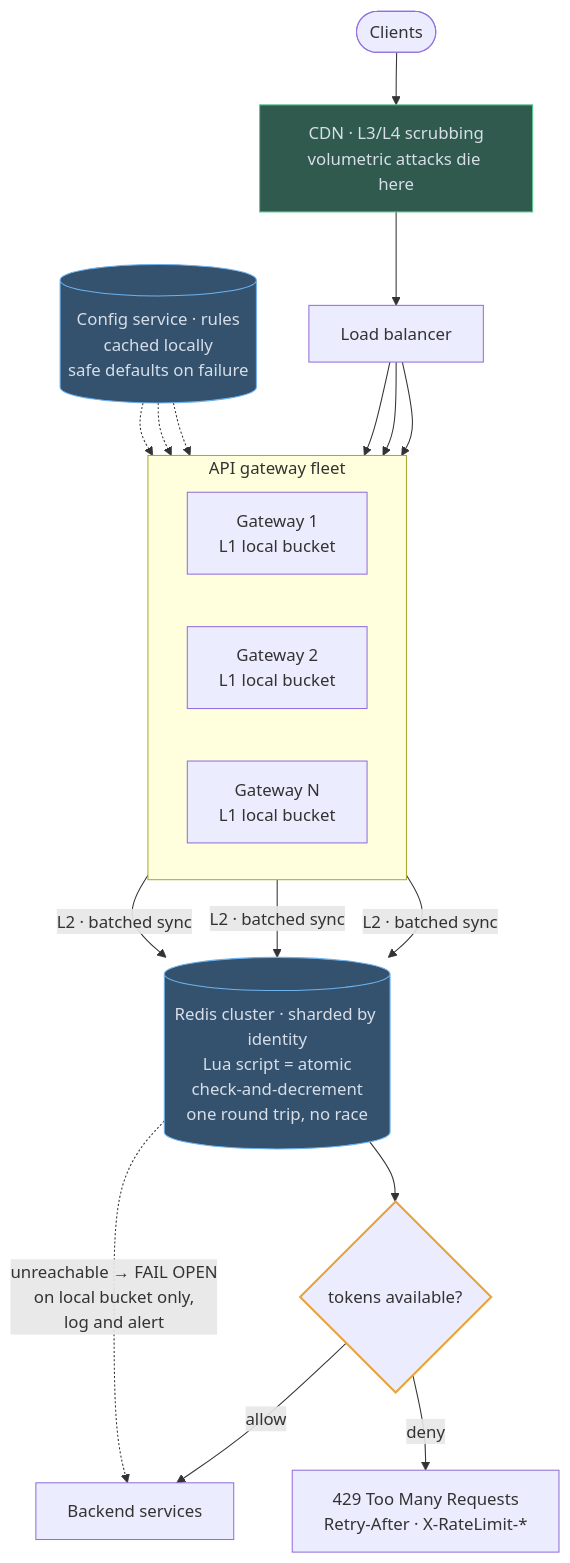
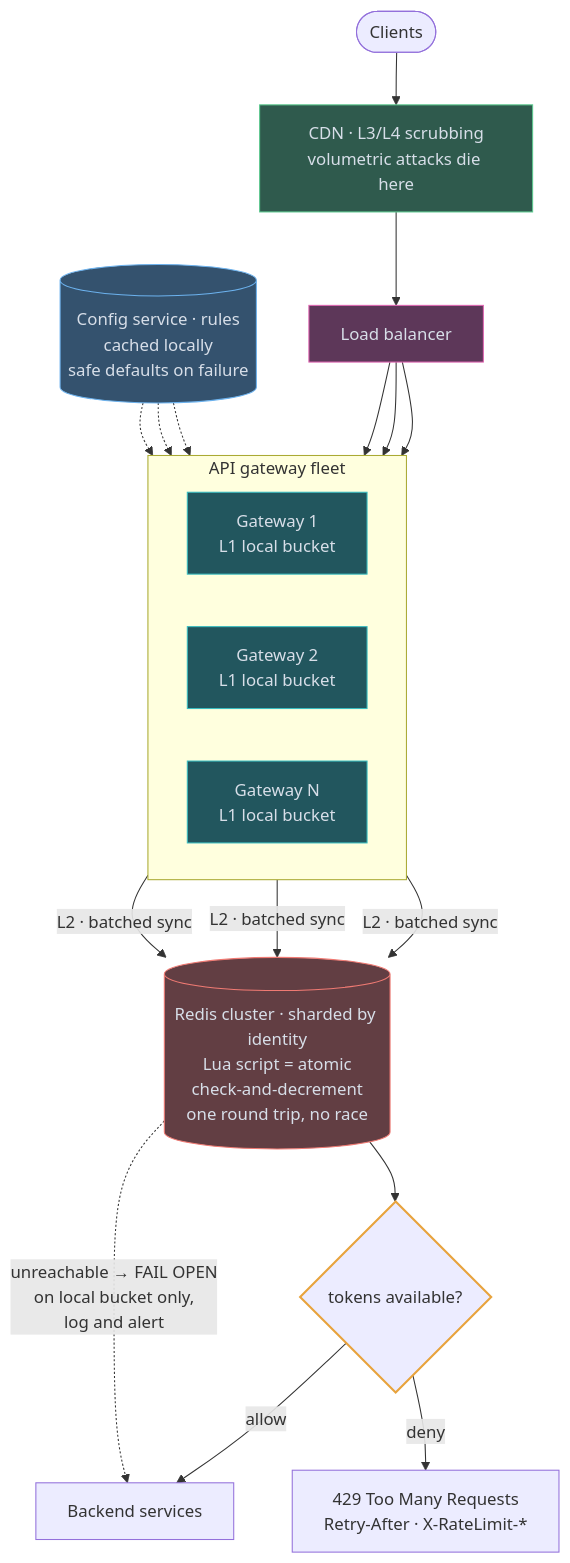
One commit to mertkahyaoglu/atlas changed the diagram in content/designs/04-rate-limiter.md. Above: the diagram before and after it, drawn with Mermaid. The commit also changed 16 other files, not shown here.

First line of the commit message:
Split store into db/cache/blob; color gateway and load-balancer nodes

````diff
--- a/content/designs/04-rate-limiter.md
+++ b/content/designs/04-rate-limiter.md
@@ -136,34 +136,40 @@
 ```mermaid
 flowchart TB
     Clients([Clients]) --> Scrub["CDN · L3/L4 scrubbing<br/>volumetric attacks die here"]
     Scrub --> LB[Load balancer]
 
     subgraph GATEWAYS ["API gateway fleet"]
         direction LR
         G3["Gateway 1<br/>L1 local bucket"]
         G2["Gateway 2<br/>L1 local bucket"]
         G1["Gateway N<br/>L1 local bucket"]
     end
     LB --> G1 & G2 & G3
     Config[("Config service · rules<br/>cached locally<br/>safe defaults on failure")] -.-> G1 & G2 & G3
 
     G1 -- "L2 · batched sync" --> Redis
     G2 -- "L2 · batched sync" --> Redis
     G3 -- "L2 · batched sync" --> Redis
     Redis[("Redis cluster · sharded by identity<br/>Lua script = atomic<br/>check-and-decrement<br/>one round trip, no race")]
 
     Redis --> Verdict{"tokens available?"}
     Verdict -- "allow" --> Backend[Backend services]
     Verdict -- "deny" --> Reject["429 Too Many Requests<br/>Retry-After · X-RateLimit-*"]
     Redis -. "unreachable → FAIL OPEN<br/>on local bucket only,<br/>log and alert" .-> Backend
 
-    classDef store fill:#34526e,stroke:#6cb2ee,color:#d7dee8
+    classDef db fill:#34526e,stroke:#6cb2ee,color:#d7dee8
+    classDef cache fill:#623e43,stroke:#f07a73,color:#d7dee8
     classDef external fill:#2f5a4d,stroke:#5cc98f,color:#d7dee8
+    classDef gateway fill:#22565e,stroke:#38bdc1,color:#d7dee8
+    classDef lb fill:#5d3759,stroke:#e066b2,color:#d7dee8
     classDef hot stroke:#e8a33d,stroke-width:2px
-    class Redis,Config store
+    class Config db
+    class Redis cache
     class Verdict hot
     class Scrub external
+    class G1,G2,G3 gateway
+    class LB lb
 
     click Scrub href "/docs/04-caching" "Role: drops volumetric attacks before they reach your infrastructure.<br/>Trade-off: coarse filtering only, so per-user limits still happen further in."
     click Redis href "/docs/04-caching" "Role: the shared counter every gateway checks, atomically through one Lua script.<br/>Trade-off: a network hop on every request, and if it fails you must pick fail-open or fail-closed."
 ```
````
